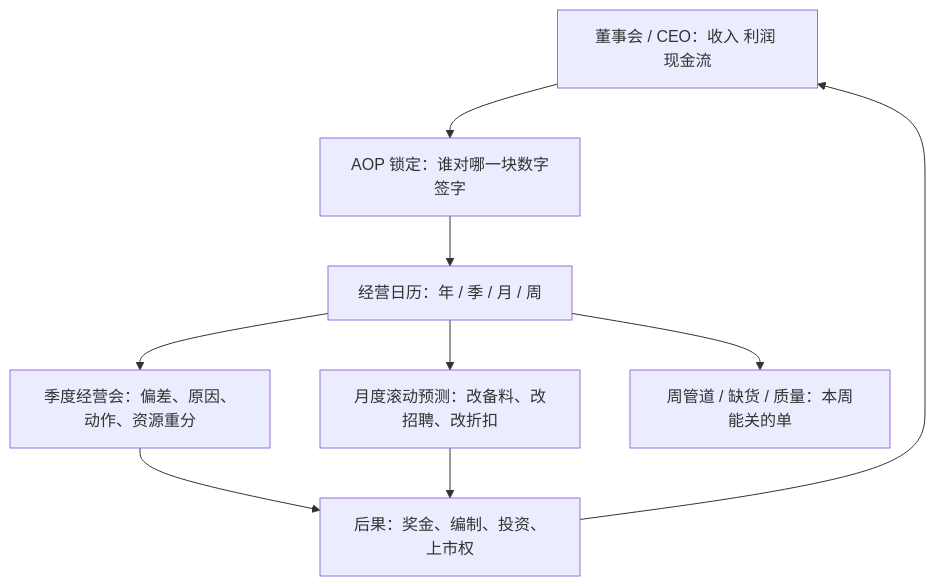
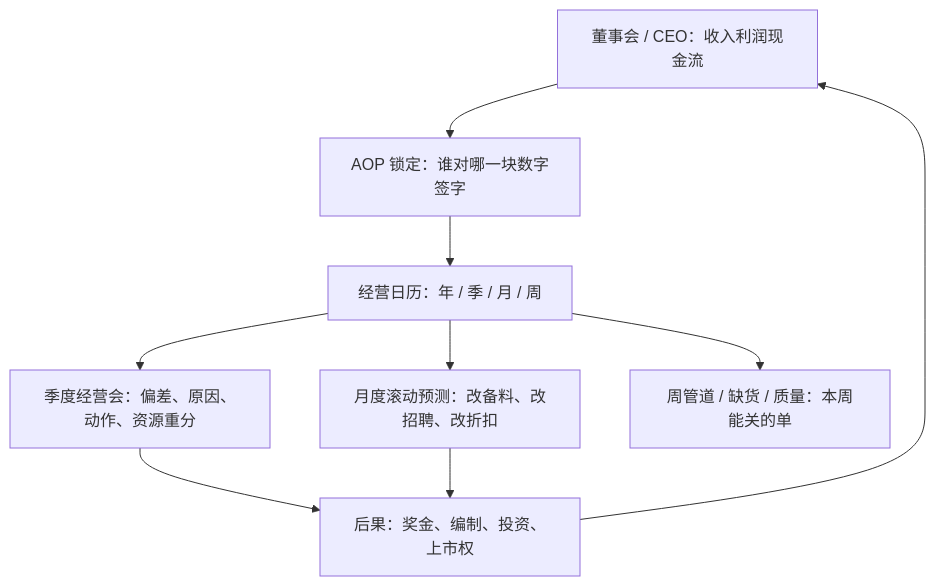
One commit to analyst2004lx/paper01 changed the seventh of 29 diagrams in 产品管理/战略和产品管理.md. Above: the diagram before and after it, drawn with Mermaid. The commit also changed other lines of this file and 2 other files, not shown here.

````diff
--- a/产品管理/战略和产品管理.md
+++ b/产品管理/战略和产品管理.md
@@ -359,11 +364,11 @@
 ```mermaid
 flowchart TB
-    GOAL["董事会 / CEO：收入 利润 现金流"] --> AOP["AOP 锁定：谁对哪一块数字签字"]
+    GOAL["董事会 / CEO：收入利润现金流"] --> AOP["AOP 锁定：谁对哪一块数字签字"]
     AOP --> CAL["经营日历：年 / 季 / 月 / 周"]
     CAL --> QBR["季度经营会：偏差、原因、动作、资源重分"]
     CAL --> MON["月度滚动预测：改备料、改招聘、改折扣"]
     CAL --> WEEK["周管道 / 缺货 / 质量：本周能关的单"]
     QBR --> CONS["后果：奖金、编制、投资、上市权"]
     MON --> CONS
     CONS --> GOAL
 ```
````
